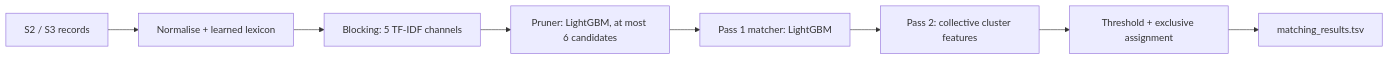
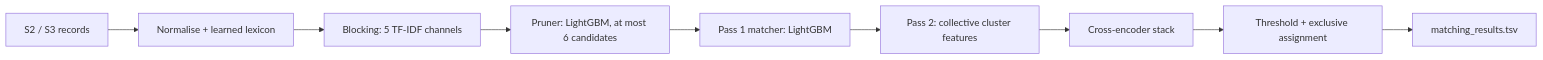
Before and after one commit to Rmuk655/Amazon-ML-Hackathon: the diagram in README.md, drawn with Mermaid. The commit also changed other lines of this file, not shown here.

Commit message:
Update README: cross-encoder stack, final results with sources

````diff
--- a/README.md
+++ b/README.md
@@ -15,10 +16,11 @@
 ```mermaid
 flowchart LR
   R["S2 / S3 records"] --> N[Normalise + learned lexicon]
   N --> B["Blocking: 5 TF-IDF channels"]
   B --> P["Pruner: LightGBM, at most 6 candidates"]
   P --> M1["Pass 1 matcher: LightGBM"]
   M1 --> M2["Pass 2: collective cluster features"]
-  M2 --> D["Threshold + exclusive assignment"]
+  M2 --> X["Cross-encoder stack"]
+  X --> D["Threshold + exclusive assignment"]
   D --> O["matching_results.tsv"]
 ```
````
